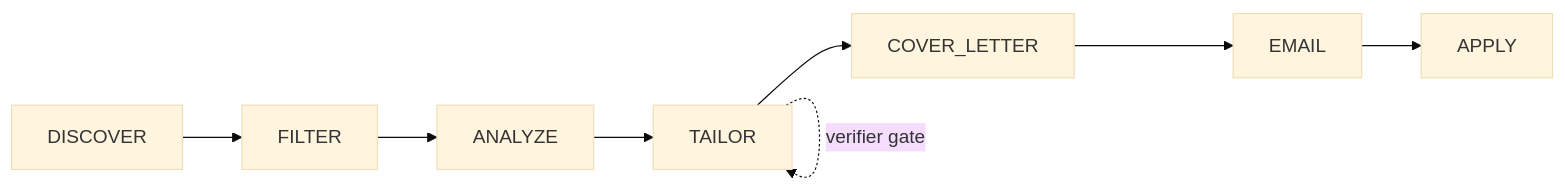
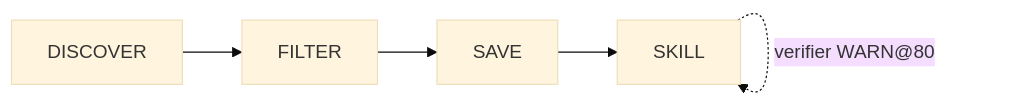
One commit to BlackPool25/internapply changed the diagram in README.md. Above: the diagram before and after it, drawn with Mermaid (base theme). The commit also changed other lines of this file and 2 other files, not shown here.

Commit message:
docs: update for arq + postgres16 + cursor + skill + Tier3 overflow

````diff
--- a/README.md
+++ b/README.md
@@ -20,5 +14,5 @@
 ```mermaid
 flowchart LR
-    DISCOVER --> FILTER --> ANALYZE --> TAILOR --> COVER_LETTER --> EMAIL --> APPLY
-    TAILOR -.->|verifier gate| TAILOR
+    DISCOVER --> FILTER --> SAVE --> SKILL
+    SKILL -.->|verifier WARN@80| SKILL
 ```
````
